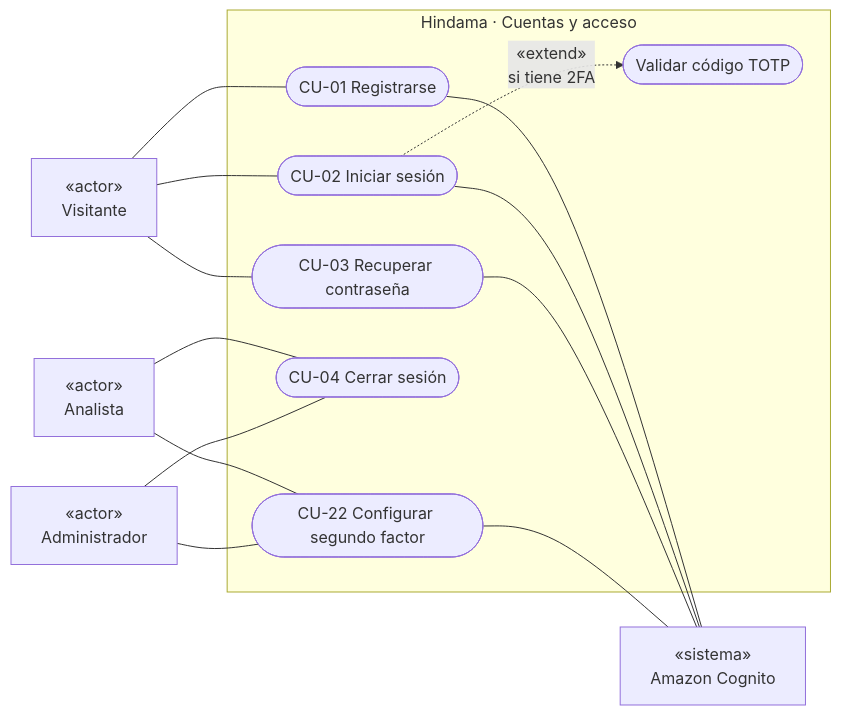
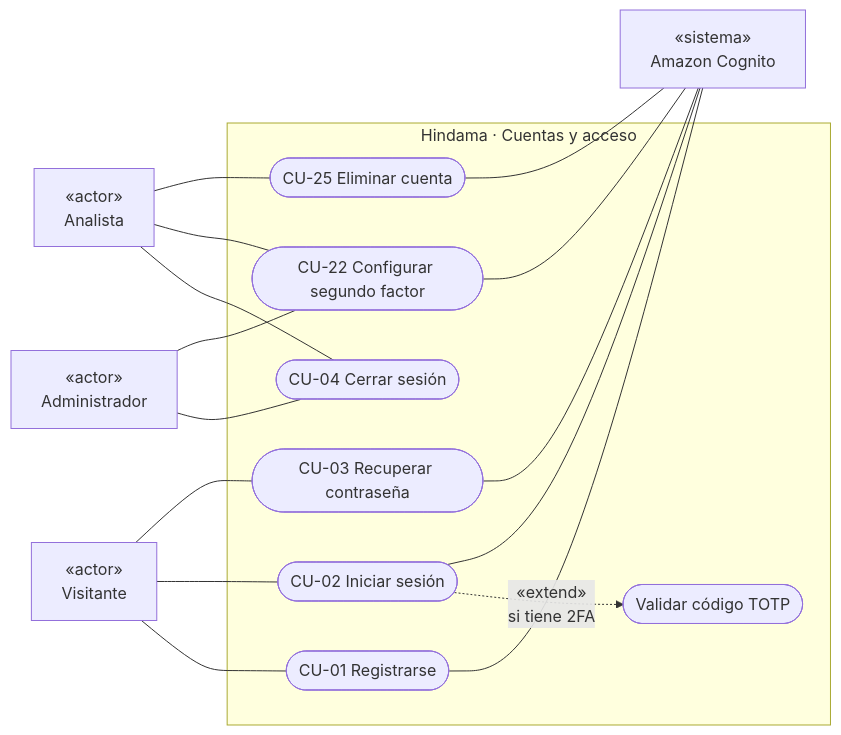
One commit to The-Tito/hindama-docs changed the first of 9 diagrams in 00-producto/casos-de-uso.md. Above: the diagram before and after it, drawn with Mermaid. The commit also changed other lines of this file and 9 other files, not shown here.

````diff
--- a/00-producto/casos-de-uso.md
+++ b/00-producto/casos-de-uso.md
@@ -32,29 +34,32 @@
 ```mermaid
 flowchart LR
     V["«actor»<br/>Visitante"]
     AN["«actor»<br/>Analista"]
     AD["«actor»<br/>Administrador"]
     COG["«sistema»<br/>Amazon Cognito"]
 
     subgraph S["Hindama · Cuentas y acceso"]
         CU01(["CU-01 Registrarse"])
         CU02(["CU-02 Iniciar sesión"])
         CU03(["CU-03 Recuperar contraseña"])
         CU04(["CU-04 Cerrar sesión"])
         CU22(["CU-22 Configurar segundo factor"])
+        CU25(["CU-25 Eliminar cuenta"])
         TOTP(["Validar código TOTP"])
     end
 
     V --- CU01
     V --- CU02
     V --- CU03
     AN --- CU04
     AN --- CU22
+    AN --- CU25
     AD --- CU04
     AD --- CU22
     CU02 -. "«extend»<br/>si tiene 2FA" .-> TOTP
     CU01 --- COG
     CU02 --- COG
     CU03 --- COG
     CU22 --- COG
+    CU25 --- COG
 ```
````
